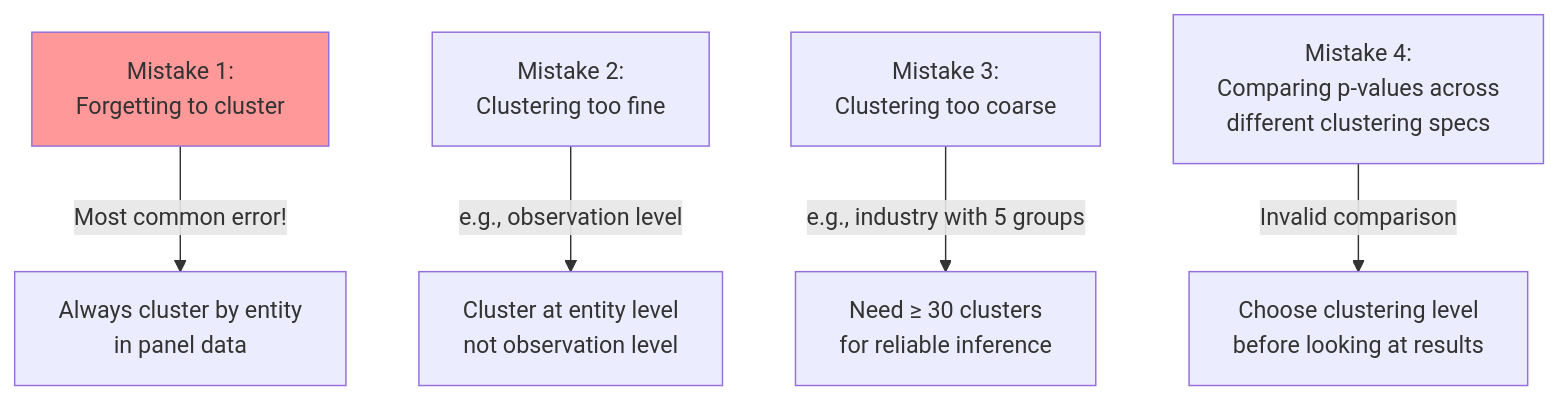
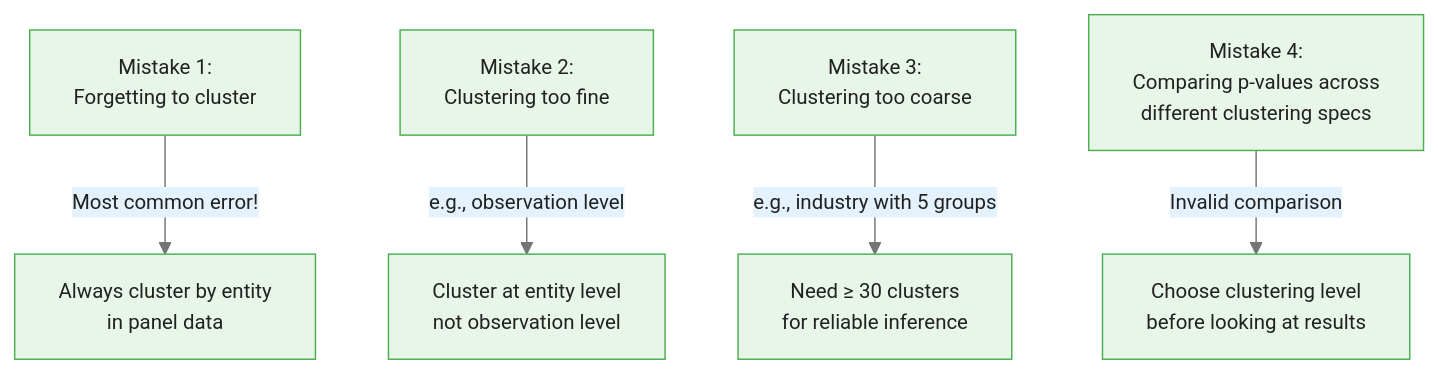
One commit to m-deane/course-creator changed the fifth of 5 diagrams in courses/panel-regression/modules/module_05_advanced_topics/guides/03_clustered_standard_errors_slides.md. Above: the diagram before and after it, drawn with Mermaid. The commit also changed other lines of this file and 79 other files, not shown here.

````diff
--- a/courses/panel-regression/modules/module_05_advanced_topics/guides/03_clustered_standard_errors_slides.md
+++ b/courses/panel-regression/modules/module_05_advanced_topics/guides/03_clustered_standard_errors_slides.md
@@ -269,9 +311,8 @@
 ```mermaid
+%%{init: {"theme": "base", "themeVariables": {"primaryColor": "#e8f5e9", "primaryBorderColor": "#4caf50", "primaryTextColor": "#212121", "secondaryColor": "#e3f2fd", "tertiaryColor": "#fff8e1", "lineColor": "#757575", "fontFamily": "Inter, sans-serif", "fontSize": "14px"}}}%%
 flowchart TD
     M1["Mistake 1:<br/>Forgetting to cluster"] -->|"Most common error!"| FIX1["Always cluster by entity<br/>in panel data"]
     M2["Mistake 2:<br/>Clustering too fine"] -->|"e.g., observation level"| FIX2["Cluster at entity level<br/>not observation level"]
     M3["Mistake 3:<br/>Clustering too coarse"] -->|"e.g., industry with 5 groups"| FIX3["Need ≥ 30 clusters<br/>for reliable inference"]
     M4["Mistake 4:<br/>Comparing p-values across<br/>different clustering specs"] -->|"Invalid comparison"| FIX4["Choose clustering level<br/>before looking at results"]
-
-    style M1 fill:#f99
 ```
````
